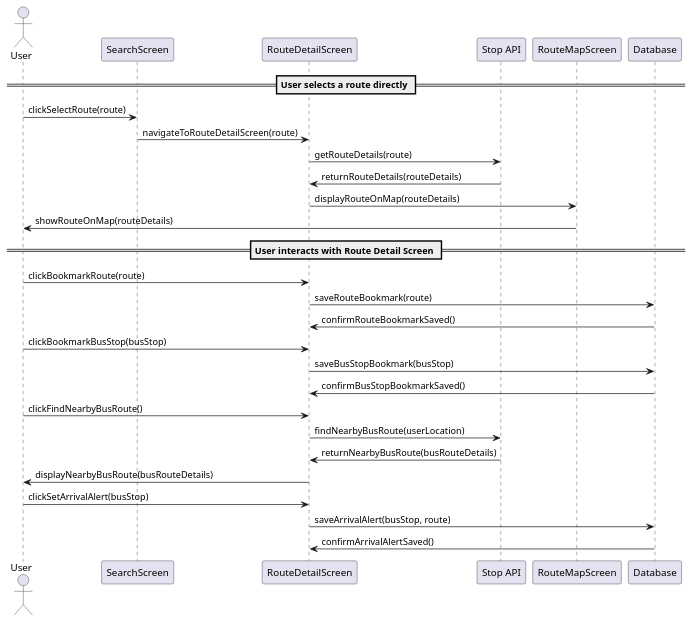
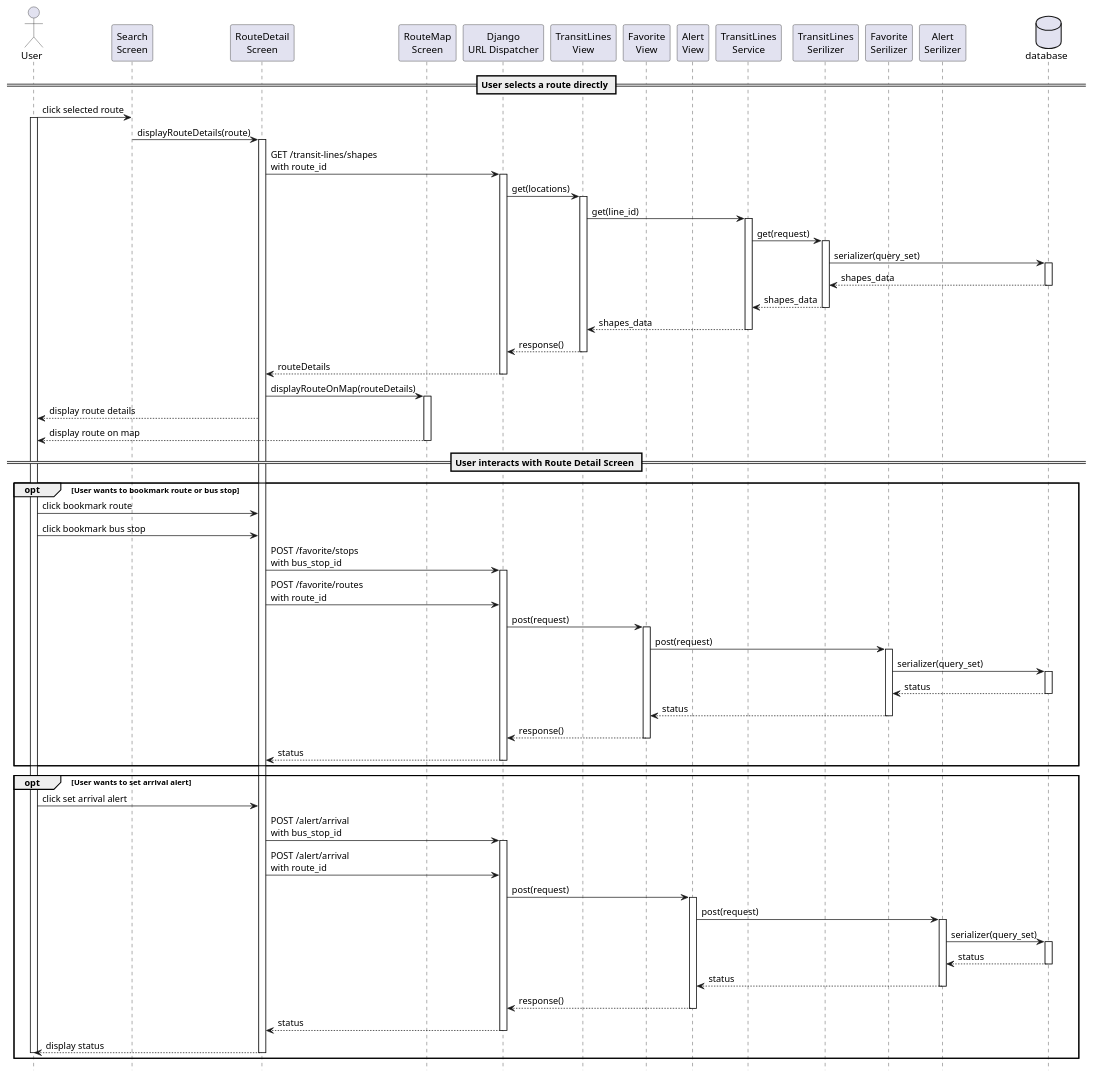
One commit to KMITL-BusBuddy/diagram changed the diagram in information_after_search/route_detail.puml. Above: the diagram before and after it, drawn with PlantUML.

Commit message:
update route_detail

```diff
--- a/information_after_search/route_detail.puml
+++ b/information_after_search/route_detail.puml
@@ -1,36 +1,107 @@
-@startuml
+@startuml route_detail
+
+hide footbox
 
 actor User
-participant "SearchScreen" as SearchScreen
-participant "RouteDetailScreen" as RouteDetailScreen
-participant "Stop API" as StopAPI
-participant "RouteMapScreen" as RouteMapScreen
-participant "Database" as Database
+participant "Search\nScreen" as SearchScreen
+participant "RouteDetail\nScreen" as RouteDetailScreen
+participant "RouteMap\nScreen" as RouteMapScreen
+participant "Django\nURL Dispatcher" as API
+participant "TransitLines\nView" as view_lines
+participant "Favorite\nView" as view_favorite
+participant "Alert\nView" as view_alert
+participant "TransitLines\nService" as service_lines
+participant "TransitLines\nSerilizer" as serializer_lines
+participant "Favorite\nSerilizer" as serializer_favorite
+participant "Alert\nSerilizer" as serializer_alert
+database "database" as db
+
 
 == User selects a route directly ==
-User -> SearchScreen : clickSelectRoute(route)
-SearchScreen -> RouteDetailScreen : navigateToRouteDetailScreen(route)
-RouteDetailScreen -> StopAPI : getRouteDetails(route)
-StopAPI -> RouteDetailScreen : returnRouteDetails(routeDetails)
+User -> SearchScreen : click selected route
+activate User
+SearchScreen -> RouteDetailScreen : displayRouteDetails(route)
+activate RouteDetailScreen
+RouteDetailScreen -> API : GET /transit-lines/shapes \nwith route_id
+activate API
+
+' API Call
+API -> view_lines: get(locations)
+activate view_lines
+view_lines -> service_lines: get(line_id)
+activate service_lines
+service_lines -> serializer_lines: get(request)
+activate serializer_lines
+serializer_lines -> db: serializer(query_set)
+activate db
+db --> serializer_lines: shapes_data
+deactivate db
+serializer_lines --> service_lines: shapes_data
+deactivate serializer_lines
+service_lines --> view_lines: shapes_data
+deactivate service_lines
+view_lines --> API: response()
+deactivate view_lines 
+
+' API Response
+API --> RouteDetailScreen: routeDetails
+deactivate API
 RouteDetailScreen -> RouteMapScreen : displayRouteOnMap(routeDetails)
-RouteMapScreen -> User : showRouteOnMap(routeDetails)
+activate RouteMapScreen
+RouteDetailScreen --> User : display route details
+RouteMapScreen --> User : display route on map
+deactivate RouteMapScreen
 
 == User interacts with Route Detail Screen ==
-User -> RouteDetailScreen : clickBookmarkRoute(route)
-RouteDetailScreen -> Database : saveRouteBookmark(route)
-Database -> RouteDetailScreen : confirmRouteBookmarkSaved()
+opt User wants to bookmark route or bus stop
+    User -> RouteDetailScreen : click bookmark route
+    User -> RouteDetailScreen : click bookmark bus stop
+    RouteDetailScreen -> API : POST /favorite/stops \nwith bus_stop_id
+    activate API
+    RouteDetailScreen -> API : POST /favorite/routes \nwith route_id
+    API -> view_favorite: post(request)
+    activate view_favorite
+    view_favorite -> serializer_favorite: post(request)
+    activate serializer_favorite
+    serializer_favorite -> db: serializer(query_set)
+    activate db
+    db --> serializer_favorite: status
+    deactivate db
+    serializer_favorite --> view_favorite: status
+    deactivate serializer_favorite
+    view_favorite --> API: response()
+    deactivate view_favorite
+    API --> RouteDetailScreen: status
+    deactivate API
+end
 
-User -> RouteDetailScreen : clickBookmarkBusStop(busStop)
-RouteDetailScreen -> Database : saveBusStopBookmark(busStop)
-Database -> RouteDetailScreen : confirmBusStopBookmarkSaved()
+opt User wants to set arrival alert
+    User -> RouteDetailScreen : click set arrival alert
+    RouteDetailScreen -> API : POST /alert/arrival \nwith bus_stop_id
+    activate API
+    RouteDetailScreen -> API : POST /alert/arrival \nwith route_id
+    API -> view_alert: post(request)
+    activate view_alert
+    view_alert -> serializer_alert: post(request)
+    activate serializer_alert
+    serializer_alert -> db: serializer(query_set)
+    activate db
+    db --> serializer_alert: status
+    deactivate db
+    serializer_alert --> view_alert: status
+    deactivate serializer_alert
+    view_alert --> API: response()
+    deactivate view_alert
+    API --> RouteDetailScreen: status
+    deactivate API
+    RouteDetailScreen --> User : display status
+    deactivate RouteDetailScreen
+    deactivate User
+end
 
-User -> RouteDetailScreen : clickFindNearbyBusRoute()
-RouteDetailScreen -> StopAPI : findNearbyBusRoute(userLocation)
-StopAPI -> RouteDetailScreen : returnNearbyBusRoute(busRouteDetails)
-RouteDetailScreen -> User : displayNearbyBusRoute(busRouteDetails)
-
-User -> RouteDetailScreen : clickSetArrivalAlert(busStop)
-RouteDetailScreen -> Database : saveArrivalAlert(busStop, route)
-Database -> RouteDetailScreen : confirmArrivalAlertSaved()
+' User -> RouteDetailScreen : clickFindNearbyBusRoute()
+' RouteDetailScreen -> API : findNearbyBusRoute(userLocation)
+' API -> RouteDetailScreen : returnNearbyBusRoute(busRouteDetails)
+' RouteDetailScreen -> User : displayNearbyBusRoute(busRouteDetails)
 
 @enduml
```
